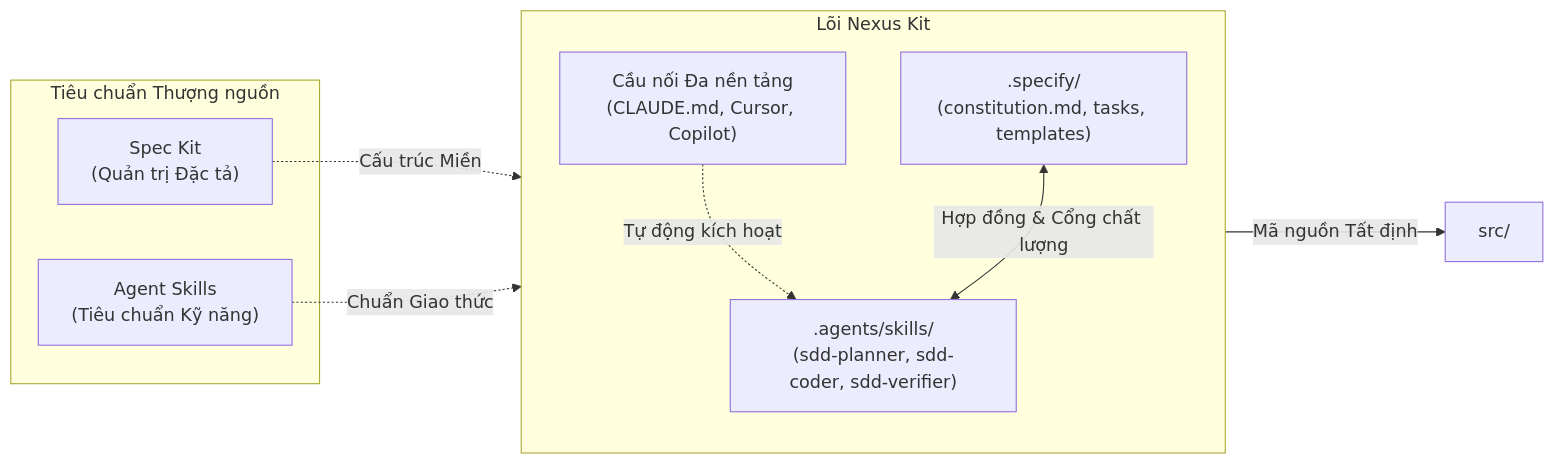
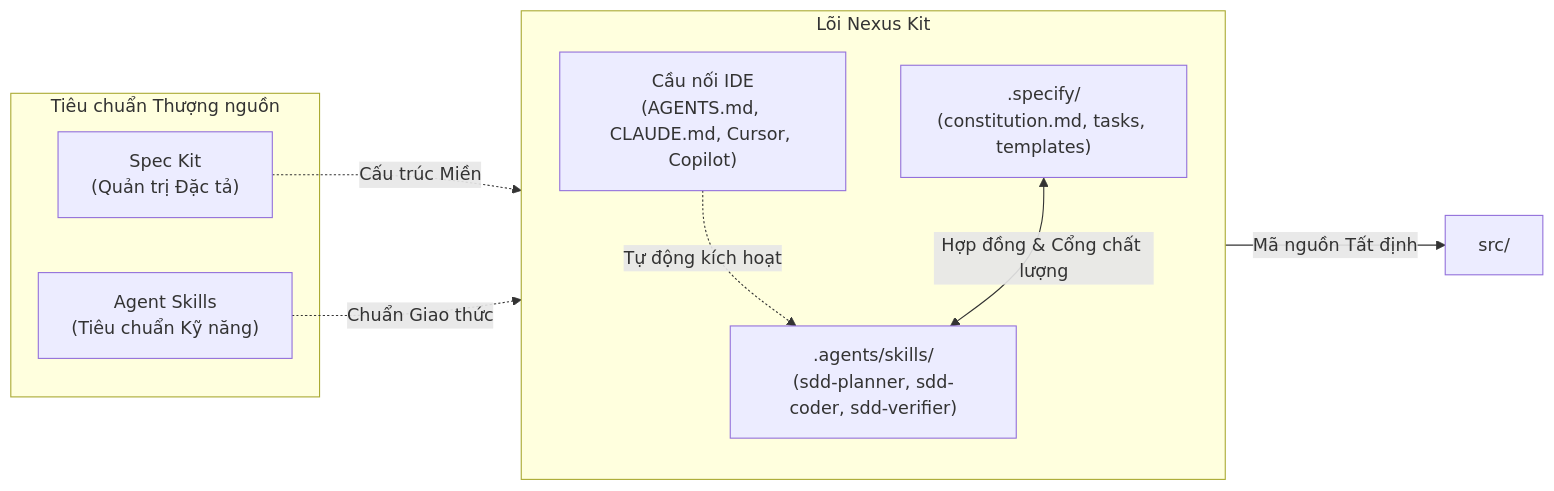
The diagram in README.vi.md (TranHuuQuyet/nexus-kit), drawn with Mermaid before and after one commit. The commit also changed other lines of this file and 10 other files, not shown here.

````diff
--- a/README.vi.md
+++ b/README.vi.md
@@ -33,21 +33,21 @@
 ```mermaid
 flowchart LR
     subgraph Upstream["Tiêu chuẩn Thượng nguồn"]
         SK["Spec Kit\n(Quản trị Đặc tả)"]
         AS["Agent Skills\n(Tiêu chuẩn Kỹ năng)"]
     end
 
     subgraph NexusKit["Lõi Nexus Kit"]
         direction TB
         SpecDir[".specify/\n(constitution.md, tasks, templates)"]
         SkillsDir[".agents/skills/\n(sdd-planner, sdd-coder, sdd-verifier)"]
-        Adapters["Cầu nối Đa nền tảng\n(CLAUDE.md, Cursor, Copilot)"]
+        Adapters["Cầu nối IDE\n(AGENTS.md, CLAUDE.md, Cursor, Copilot)"]
     end
 
     SK -. "Cấu trúc Miền" .-> SpecDir
     AS -. "Chuẩn Giao thức" .-> SkillsDir
     Adapters -. "Tự động kích hoạt" .-> SkillsDir
 
     SpecDir <-->|"Hợp đồng & Cổng chất lượng"| SkillsDir
     SkillsDir -->|"Mã nguồn Tất định"| Src["src/"]
 ```
````
